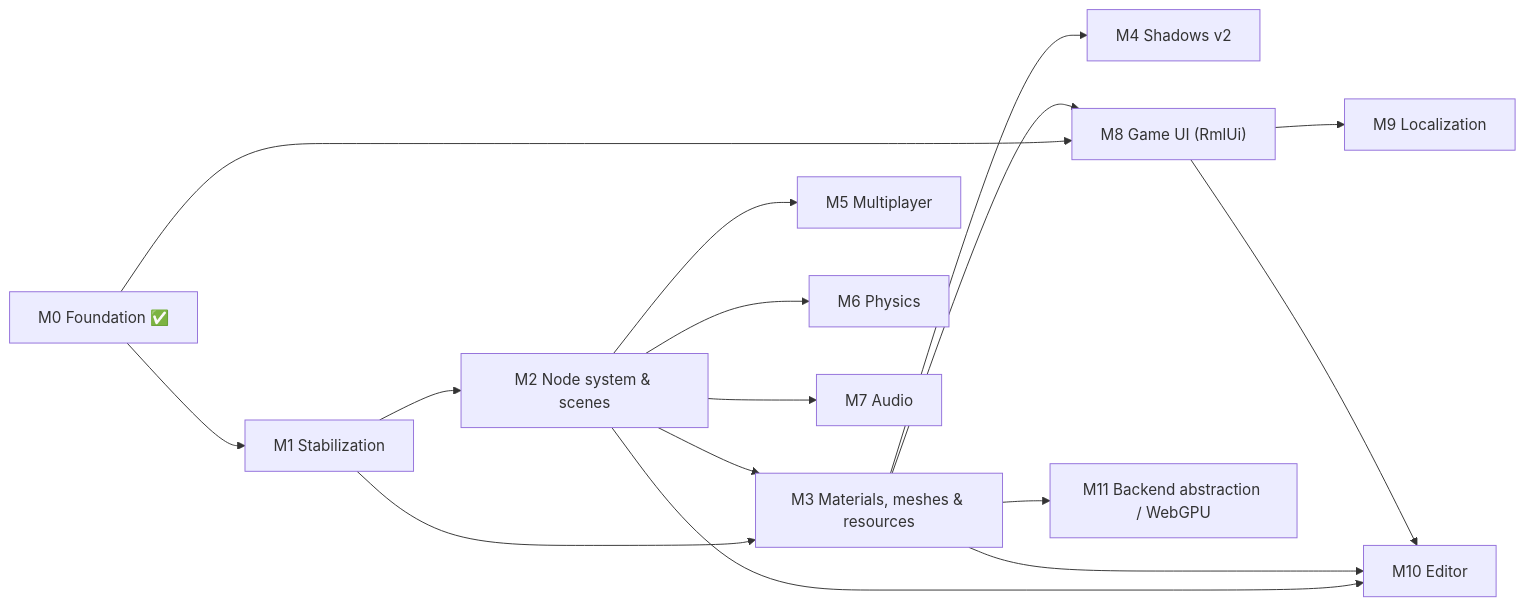
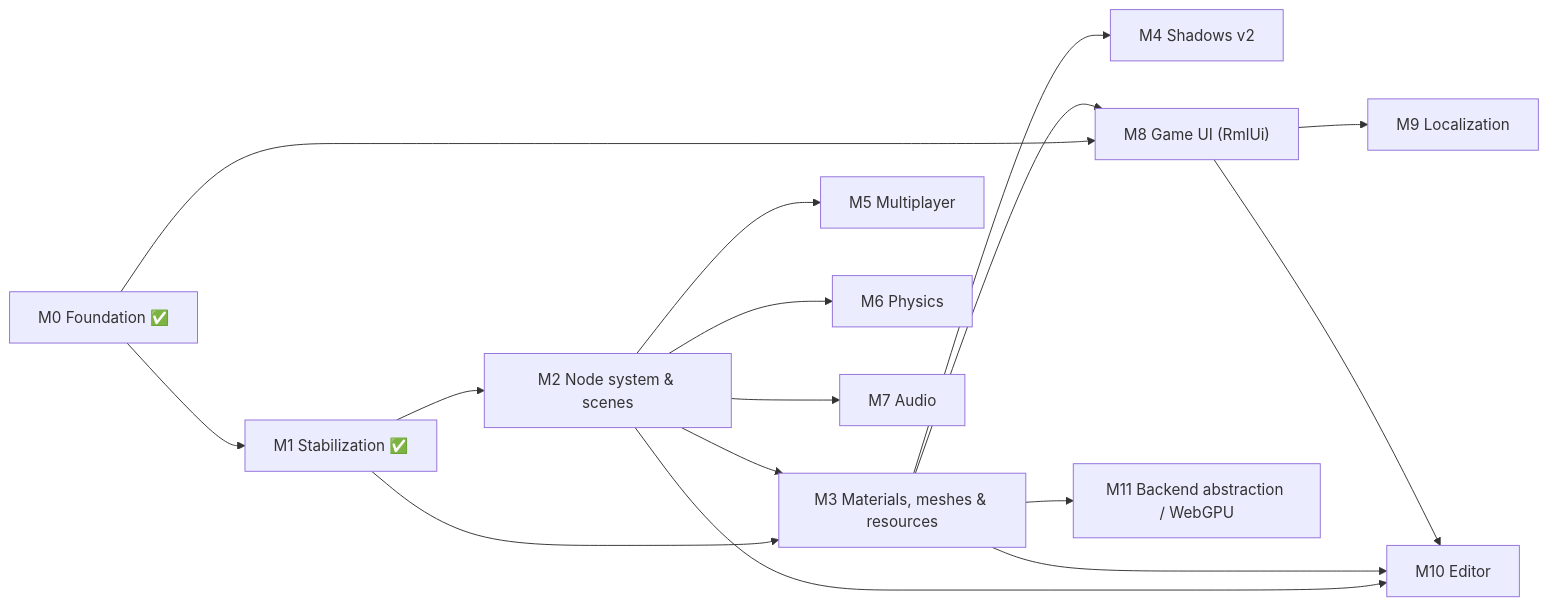
Before and after one commit to Mainframe-Games/mainframe-engine: the diagram in docs/milestones.md, drawn with Mermaid. The commit also changed other lines of this file and 14 other files, not shown here.

````diff
--- a/docs/milestones.md
+++ b/docs/milestones.md
@@ -8,18 +8,18 @@
 ```mermaid
 flowchart LR
-    M0["M0 Foundation ✅"] --> M1["M1 Stabilization"]
+    M0["M0 Foundation ✅"] --> M1["M1 Stabilization ✅"]
     M1 --> M2["M2 Node system & scenes"]
     M1 --> M3["M3 Materials, meshes & resources"]
     M2 --> M3
     M3 --> M4["M4 Shadows v2"]
     M2 --> M5["M5 Multiplayer"]
     M2 --> M6["M6 Physics"]
     M2 --> M7["M7 Audio"]
     M0 --> M8["M8 Game UI (RmlUi)"]
     M3 --> M8
     M8 --> M9["M9 Localization"]
     M2 --> M10["M10 Editor"]
     M3 --> M10
     M8 --> M10
     M3 --> M11["M11 Backend abstraction / WebGPU"]
 ```
````
